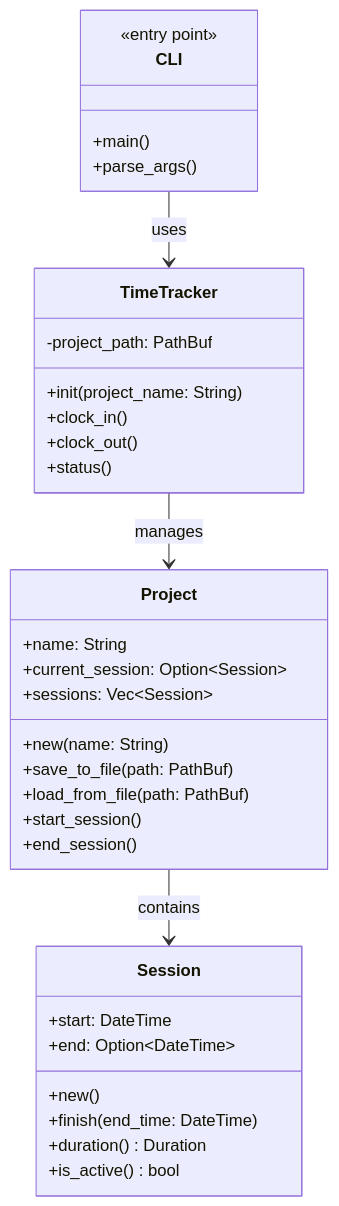
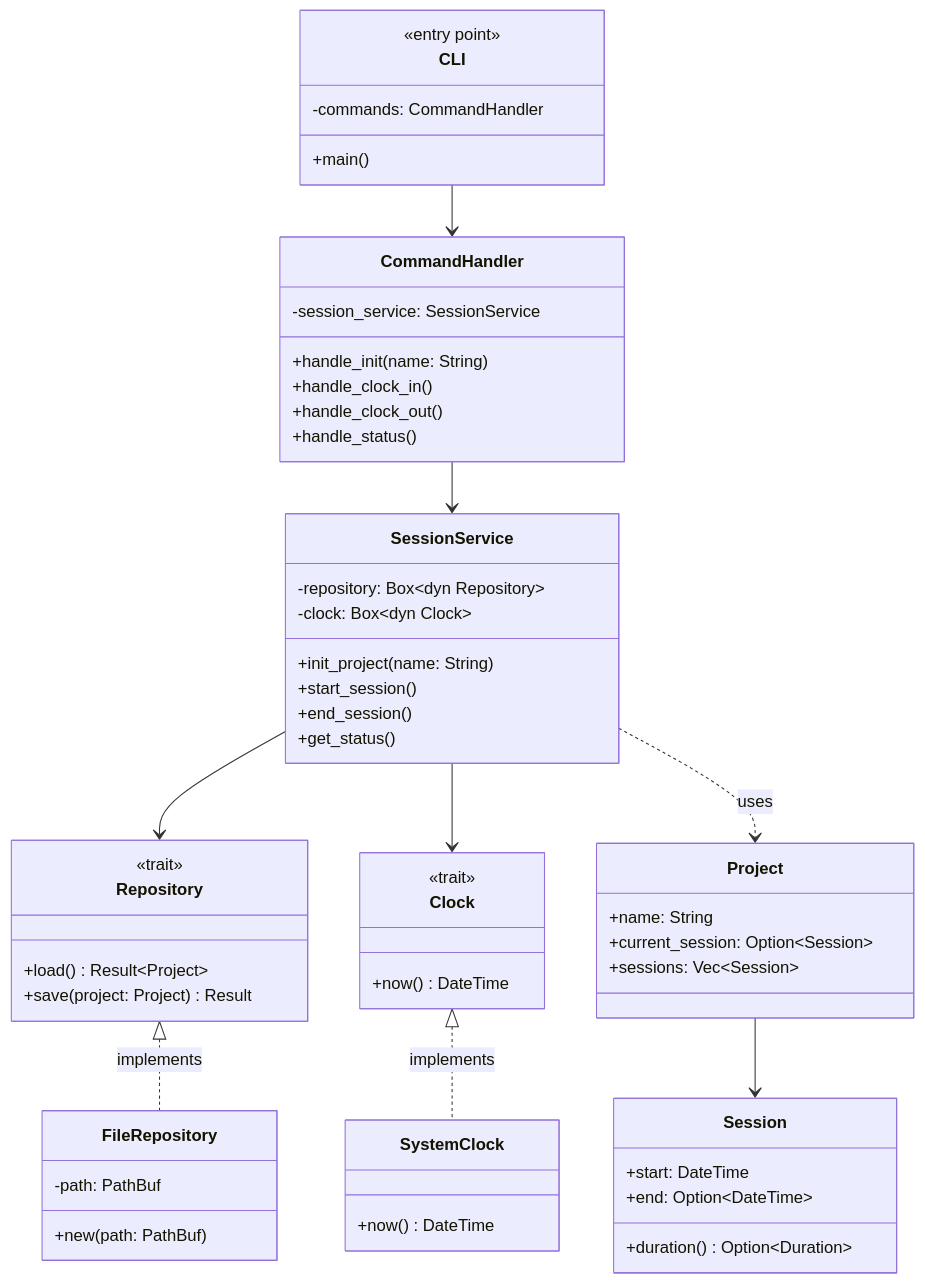
The diagram in Docs.md (NickSishchuck/clock-me), drawn with Mermaid before and after one commit. The commit also changed 4 other files, not shown here.

````diff
--- a/Docs.md
+++ b/Docs.md
@@ -45,40 +45,66 @@
 ```mermaid
 classDiagram
     class CLI {
         <<entry point>>
+        -commands: CommandHandler
         +main()
-        +parse_args()
     }
     
-    class TimeTracker {
-        -project_path: PathBuf
-        +init(project_name: String)
-        +clock_in()
-        +clock_out()
-        +status()
+    class CommandHandler {
+        -session_service: SessionService
+        +handle_init(name: String)
+        +handle_clock_in()
+        +handle_clock_out()
+        +handle_status()
+    }
+    
+    class SessionService {
+        -repository: Box~dyn Repository~
+        -clock: Box~dyn Clock~
+        +init_project(name: String)
+        +start_session()
+        +end_session()
+        +get_status()
+    }
+    
+    class Repository {
+        <<trait>>
+        +load() Result~Project~
+        +save(project: Project) Result
+    }
+    
+    class FileRepository {
+        -path: PathBuf
+        +new(path: PathBuf)
+    }
+    
+    class Clock {
+        <<trait>>
+        +now() DateTime
+    }
+    
+    class SystemClock {
+        +now() DateTime
     }
     
     class Project {
         +name: String
         +current_session: Option~Session~
         +sessions: Vec~Session~
-        +new(name: String)
-        +save_to_file(path: PathBuf)
-        +load_from_file(path: PathBuf)
-        +start_session()
-        +end_session()
     }
     
     class Session {
         +start: DateTime
         +end: Option~DateTime~
-        +new()
-        +finish(end_time: DateTime)
-        +duration() Duration
-        +is_active() bool
+        +duration() Option~Duration~
     }
     
-    CLI --> TimeTracker : uses
-    TimeTracker --> Project : manages
-    Project --> Session : contains
+    CLI --> CommandHandler
+    CommandHandler --> SessionService
+    SessionService --> Repository
+    SessionService --> Clock
+    Repository <|.. FileRepository : implements
+    Clock <|.. SystemClock : implements
+    SessionService ..> Project : uses
+    Project --> Session
 ```
````
